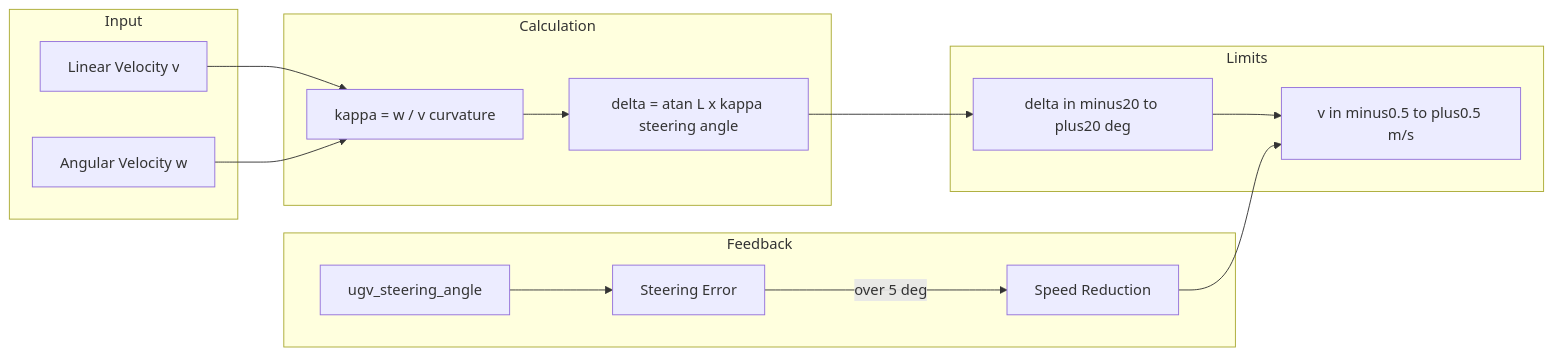
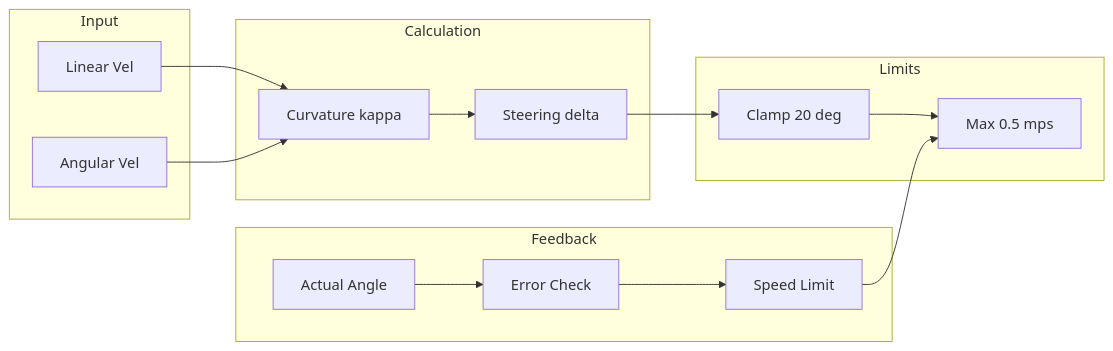
One commit to KashmeeraTT/Ackerman_UGV changed diagram 12 of 13 in SYSTEM_DOCUMENTATION.md. Above: the diagram before and after it, drawn with Mermaid. The commit also changed other lines of this file, not shown here.

Commit message:
docs: Refine system documentation diagrams and descriptions for clarity and conciseness.

````diff
--- a/SYSTEM_DOCUMENTATION.md
+++ b/SYSTEM_DOCUMENTATION.md
@@ -570,32 +570,32 @@
 ```mermaid
 graph LR
     subgraph Input[Input]
-        V[Linear Velocity v]
-        W[Angular Velocity w]
+        V[Linear Vel]
+        W[Angular Vel]
     end
     
     subgraph Calc[Calculation]
-        K[kappa = w / v curvature]
-        D[delta = atan L x kappa steering angle]
+        K[Curvature kappa]
+        D[Steering delta]
     end
     
     subgraph Limits[Limits]
-        CLAMP[delta in minus20 to plus20 deg]
-        VMAX[v in minus0.5 to plus0.5 m/s]
+        CLAMP[Clamp 20 deg]
+        VMAX[Max 0.5 mps]
     end
     
     subgraph Feedback[Feedback]
-        SA[ugv_steering_angle]
-        ERR[Steering Error]
-        SLOW[Speed Reduction]
+        SA[Actual Angle]
+        ERR[Error Check]
+        SLOW[Speed Limit]
     end
     
     V --> K
     W --> K
     K --> D
     D --> CLAMP
     CLAMP --> VMAX
     SA --> ERR
-    ERR -->|over 5 deg| SLOW
+    ERR --> SLOW
     SLOW --> VMAX
 ```
````
